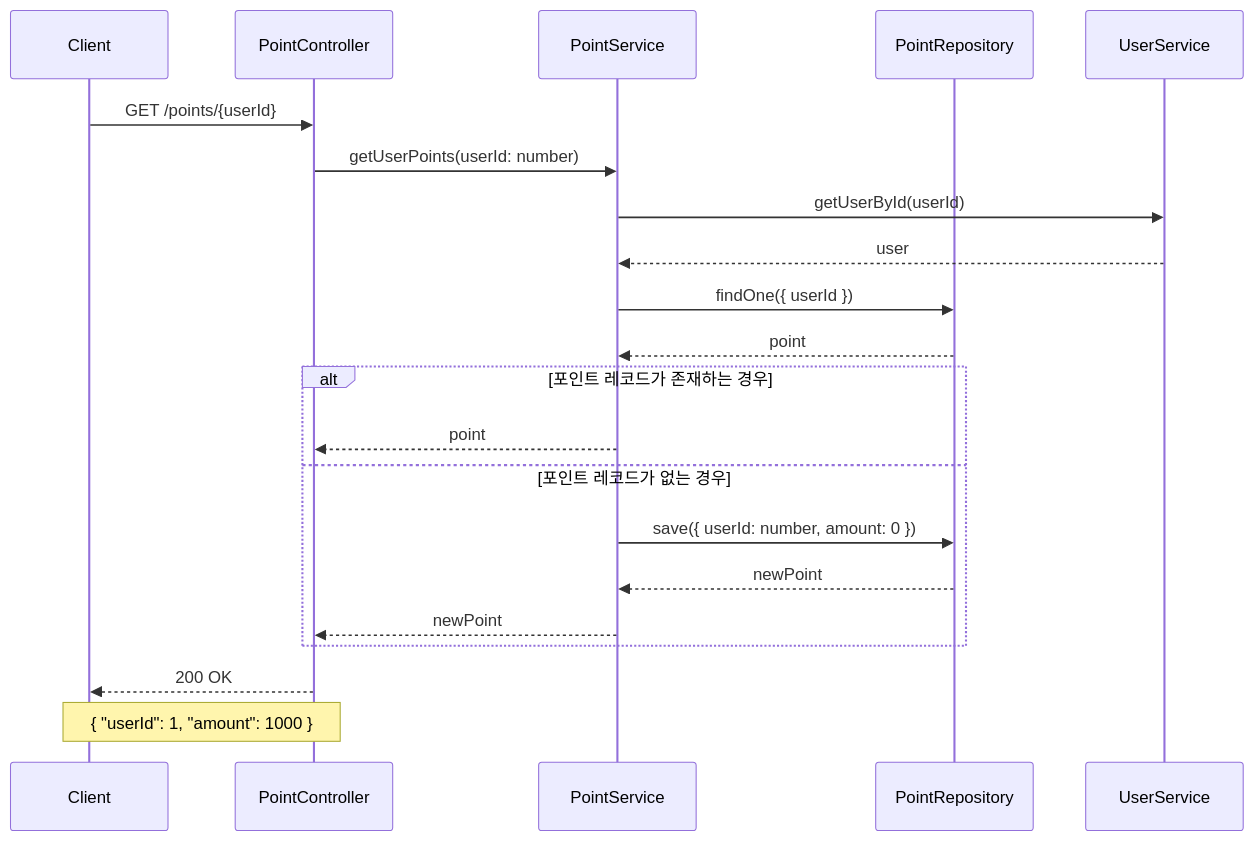
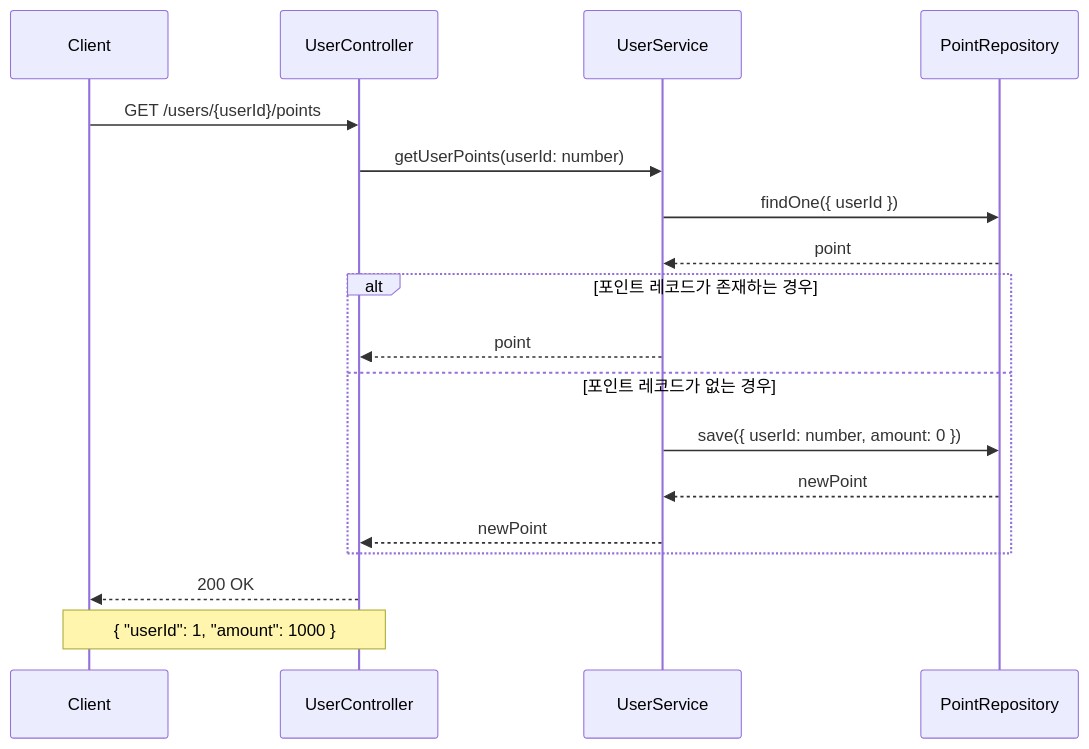
One commit to seuthootDev/hanghae-plus-backend changed the second of 11 diagrams in docs/SequenceDiagrams.md. Above: the diagram before and after it, drawn with Mermaid. The commit also changed other lines of this file and 1 other file, not shown here.

Commit message:
docs: api 명세서, 시퀀스 다이어그램 수정 api 명세서를 rest api에 맞게 수정 후, 시퀀스는 api 명세서에 명세된 api 기능들로 구성함

````diff
--- a/docs/SequenceDiagrams.md
+++ b/docs/SequenceDiagrams.md
@@ -87,28 +35,24 @@
 ```mermaid
 sequenceDiagram
     participant Client
-    participant PointController
-    participant PointService
+    participant UserController
+    participant UserService
     participant PointRepository
-    participant UserService
 
-    Client->>PointController: GET /points/{userId}
+    Client->>UserController: GET /users/{userId}/points
     
-    PointController->>PointService: getUserPoints(userId: number)
-    PointService->>UserService: getUserById(userId)
-    UserService-->>PointService: user
-    
-    PointService->>PointRepository: findOne({ userId })
-    PointRepository-->>PointService: point
+    UserController->>UserService: getUserPoints(userId: number)
+    UserService->>PointRepository: findOne({ userId })
+    PointRepository-->>UserService: point
     
     alt 포인트 레코드가 존재하는 경우
-        PointService-->>PointController: point
+        UserService-->>UserController: point
     else 포인트 레코드가 없는 경우
-        PointService->>PointRepository: save({ userId: number, amount: 0 })
-        PointRepository-->>PointService: newPoint
-        PointService-->>PointController: newPoint
+        UserService->>PointRepository: save({ userId: number, amount: 0 })
+        PointRepository-->>UserService: newPoint
+        UserService-->>UserController: newPoint
     end
     
-    PointController-->>Client: 200 OK
-    Note over Client,PointController: { "userId": 1, "amount": 1000 }
+    UserController-->>Client: 200 OK
+    Note over Client,UserController: { "userId": 1, "amount": 1000 }
 ```
````
